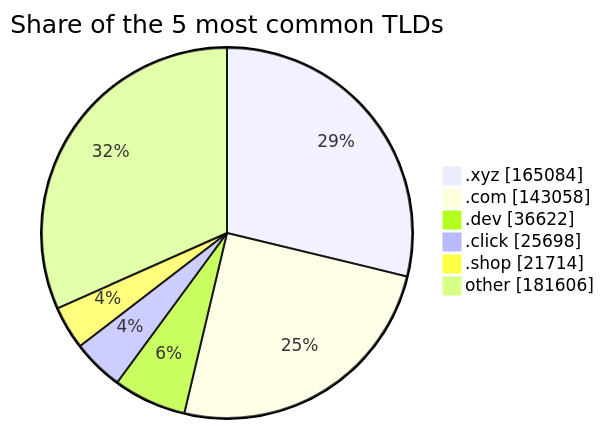
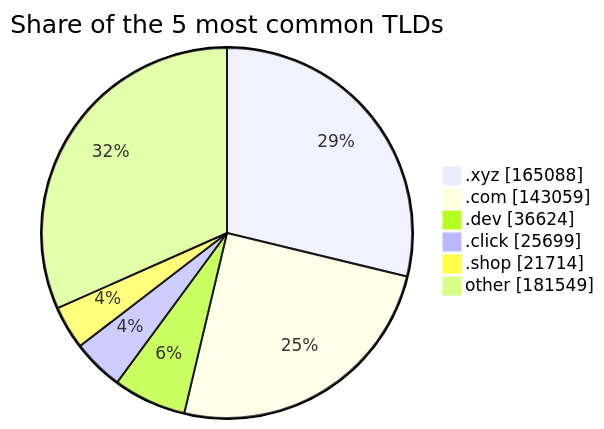
One commit to DNSBunker/CTI changed the third of 3 diagrams in README.md. Above: the diagram before and after it, drawn with Mermaid. The commit also changed other lines of this file and 3 other files, not shown here.

````diff
--- a/README.md
+++ b/README.md
@@ -81,9 +81,9 @@
 ```mermaid
 pie showData title Share of the 5 most common TLDs
-    ".xyz" : 165084
-    ".com" : 143058
-    ".dev" : 36622
-    ".click" : 25698
+    ".xyz" : 165088
+    ".com" : 143059
+    ".dev" : 36624
+    ".click" : 25699
     ".shop" : 21714
-    "other" : 181606
+    "other" : 181549
 ```
````
